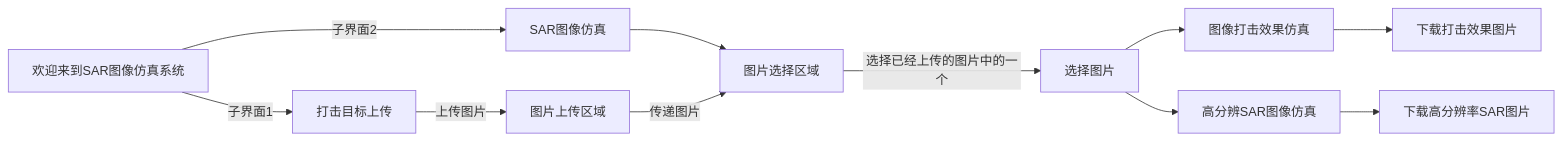
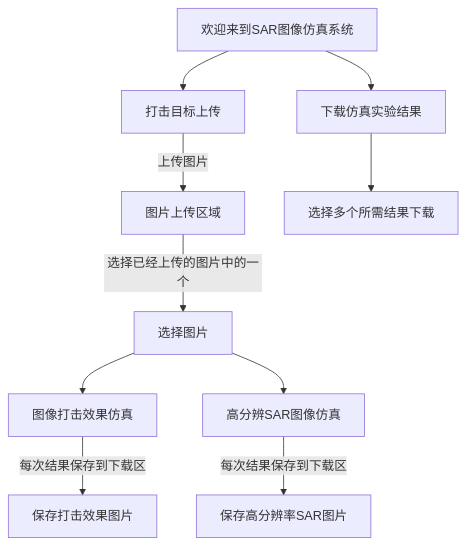
The diagram in 界面绘图.md (NUAAteam/SAR), drawn with Mermaid before and after one commit.

````diff
--- a/界面绘图.md
+++ b/界面绘图.md
@@ -1,25 +1,24 @@
 ```mermaid
-graph LR
+graph TD
   A[欢迎来到SAR图像仿真系统]
   B[打击目标上传] 
-  C[SAR图像仿真]
-  D[图片上传区域]
-  E[图片选择区域]
-  E2[选择图片]
+  C[图片上传区域]
+  E[选择图片]
   F[图像打击效果仿真]
   G[高分辨SAR图像仿真]
-  H1[下载打击效果图片]
-  H2[下载高分辨率SAR图片]
-  A --> |子界面1|B
-  A --> |子界面2|C
-  B --> |上传图片|D
-  C --> E
-  E --> |选择已经上传的图片中的一个|E2
-  D --> |传递图片|E
-  E2 --> F
-  E2 --> G
-  F --> H1
-  G --> H2
+  J[下载仿真实验结果]
+  J1[选择多个所需结果下载]
+  H1[保存打击效果图片]
+  H2[保存高分辨率SAR图片]
+  A --> B
+  B --> |上传图片|C
+  C --> |选择已经上传的图片中的一个|E
+  E --> F
+  E --> G
+  F --> |每次结果保存到下载区|H1
+  G --> |每次结果保存到下载区|H2
+  A-->J
+  J-->J1
 
 
 ```
````
